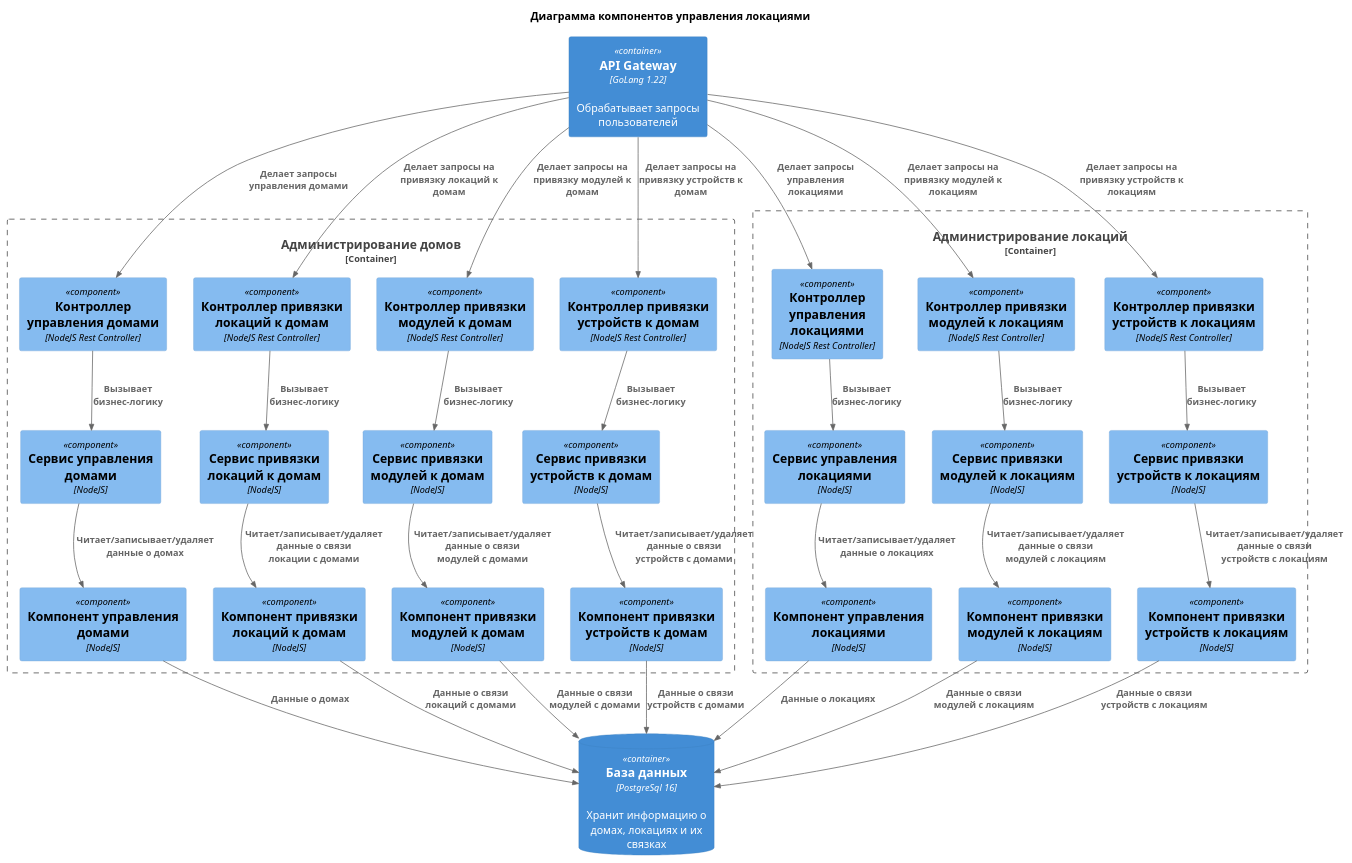
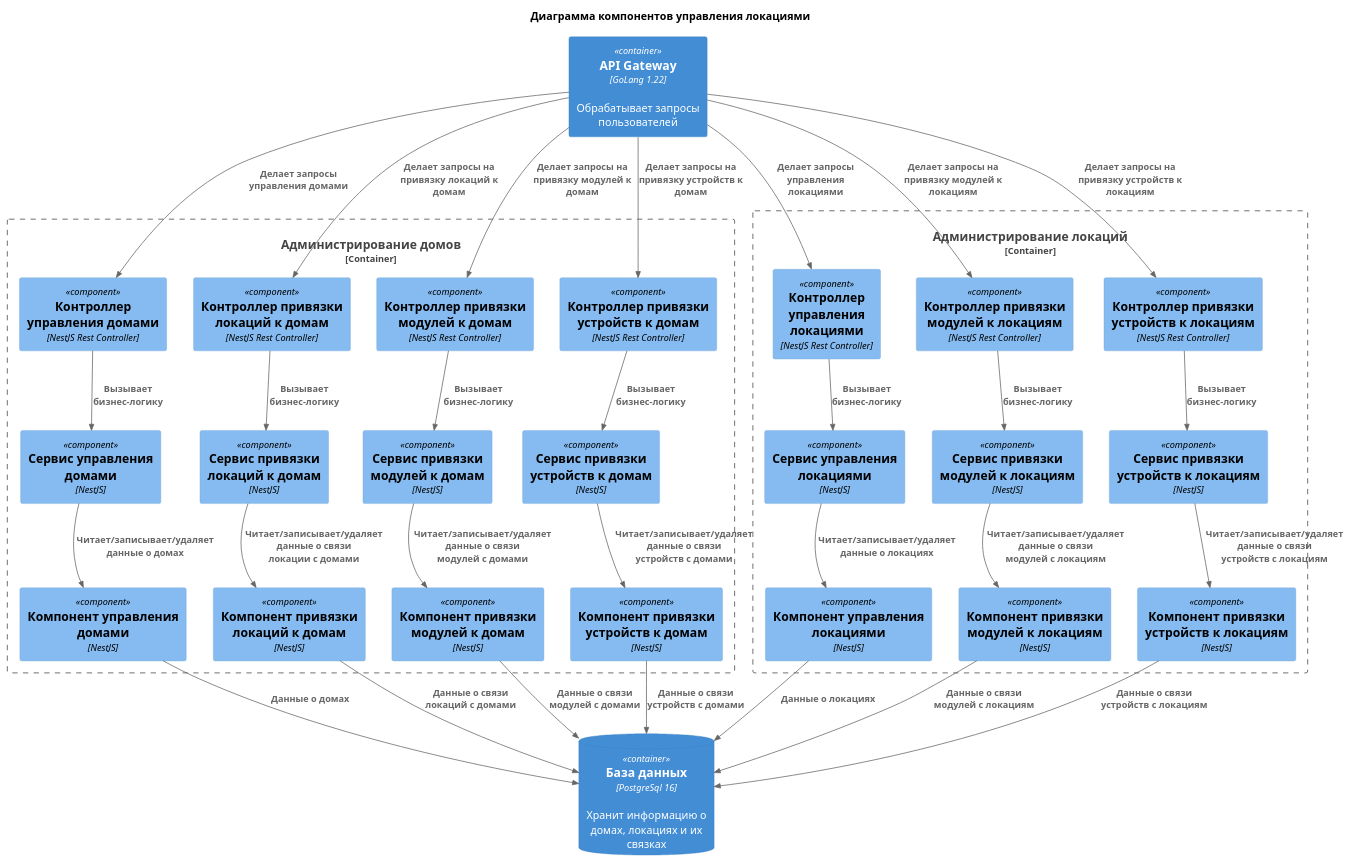
Before and after one commit to xSparKIx/architecture-pro-warmhouse: the diagram in diagrams/components/Locations.puml, drawn with PlantUML. The commit also changed 31 other files, not shown here.

```diff
--- a/diagrams/components/Locations.puml
+++ b/diagrams/components/Locations.puml
@@ -1,90 +1,88 @@
 @startuml Locations component diagram
 title Диаграмма компонентов управления локациями
 
 !include ../templates/C4_Component.puml
 
 ' Внешние сущности
 Container(APIGateway, "API Gateway", "GoLang 1.22", "Обрабатывает запросы пользователей")
 ContainerDb(db, "База данных", "PostgreSql 16", "Хранит информацию о домах, локациях и их связках")
 
-' @todo Посмотреть примеры создания диаграмм из урока, про фитнесклуб
-
 ' Контейнер администрирования домов
 Container_Boundary(HousesContainer, "Администрирование домов") {
     ' Управление домами
-    Component(HousesController, "Контроллер управления домами", "NodeJS Rest Controller")
-    Component(HousesService, "Сервис управления домами", "NodeJS")
-    Component(HousesComponent, "Компонент управления домами", "NodeJS")
+    Component(HousesController, "Контроллер управления домами", "NestJS Rest Controller")
+    Component(HousesService, "Сервис управления домами", "NestJS")
+    Component(HousesComponent, "Компонент управления домами", "NestJS")
 
     ' Привязка локаций к домам
-    Component(LocationsConnectController, "Контроллер привязки локаций к домам", "NodeJS Rest Controller")
-    Component(LocationsConnectService, "Сервис привязки локаций к домам", "NodeJS")
-    Component(LocationsConnectComponent, "Компонент привязки локаций к домам", "NodeJS")
+    Component(LocationsConnectController, "Контроллер привязки локаций к домам", "NestJS Rest Controller")
+    Component(LocationsConnectService, "Сервис привязки локаций к домам", "NestJS")
+    Component(LocationsConnectComponent, "Компонент привязки локаций к домам", "NestJS")
 
     ' Привязка модулей к домам
-    Component(HModulesConnectController, "Контроллер привязки модулей к домам", "NodeJS Rest Controller")
-    Component(HModulesConnectService, "Сервис привязки модулей к домам", "NodeJS")
-    Component(HModulesConnectComponent, "Компонент привязки модулей к домам", "NodeJS")
+    Component(HModulesConnectController, "Контроллер привязки модулей к домам", "NestJS Rest Controller")
+    Component(HModulesConnectService, "Сервис привязки модулей к домам", "NestJS")
+    Component(HModulesConnectComponent, "Компонент привязки модулей к домам", "NestJS")
 
     ' Привязка устройств к домам
-    Component(HDevicesConnectController, "Контроллер привязки устройств к домам", "NodeJS Rest Controller")
-    Component(HDevicesConnectService, "Сервис привязки устройств к домам", "NodeJS")
-    Component(HDevicesConnectComponent, "Компонент привязки устройств к домам", "NodeJS")
+    Component(HDevicesConnectController, "Контроллер привязки устройств к домам", "NestJS Rest Controller")
+    Component(HDevicesConnectService, "Сервис привязки устройств к домам", "NestJS")
+    Component(HDevicesConnectComponent, "Компонент привязки устройств к домам", "NestJS")
 }
 
 ' Контейнер администрирования локаций
 Container_Boundary(LocationsContainer, "Администрирование локаций") {
     ' Управление локациями
-    Component(LocationsController, "Контроллер управления локациями", "NodeJS Rest Controller")
-    Component(LocationsService, "Сервис управления локациями", "NodeJS")
-    Component(LocationsComponent, "Компонент управления локациями", "NodeJS")
+    Component(LocationsController, "Контроллер управления локациями", "NestJS Rest Controller")
+    Component(LocationsService, "Сервис управления локациями", "NestJS")
+    Component(LocationsComponent, "Компонент управления локациями", "NestJS")
 
     ' Привязка модуля к локациям
-    Component(LModulesConnectController, "Контроллер привязки модулей к локациям", "NodeJS Rest Controller")
-    Component(LModulesConnectService, "Сервис привязки модулей к локациям", "NodeJS")
-    Component(LModulesConnectComponent, "Компонент привязки модулей к локациям", "NodeJS")
+    Component(LModulesConnectController, "Контроллер привязки модулей к локациям", "NestJS Rest Controller")
+    Component(LModulesConnectService, "Сервис привязки модулей к локациям", "NestJS")
+    Component(LModulesConnectComponent, "Компонент привязки модулей к локациям", "NestJS")
 
     ' Привязка устройств к локациям
-    Component(LDevicesConnectController, "Контроллер привязки устройств к локациям", "NodeJS Rest Controller")
-    Component(LDevicesConnectService, "Сервис привязки устройств к локациям", "NodeJS")
-    Component(LDevicesConnectComponent, "Компонент привязки устройств к локациям", "NodeJS")
+    Component(LDevicesConnectController, "Контроллер привязки устройств к локациям", "NestJS Rest Controller")
+    Component(LDevicesConnectService, "Сервис привязки устройств к локациям", "NestJS")
+    Component(LDevicesConnectComponent, "Компонент привязки устройств к локациям", "NestJS")
 }
 
 ' Связи контейнера администрирования домов
 Rel(APIGateway, HousesController, "Делает запросы управления домами")
 Rel(HousesController, HousesService, "Вызывает бизнес-логику")
 Rel(HousesService, HousesComponent, "Читает/записывает/удаляет данные о домах")
 Rel(HousesComponent, db, "Данные о домах")
 
 Rel(APIGateway, LocationsConnectController, "Делает запросы на привязку локаций к домам")
 Rel(LocationsConnectController, LocationsConnectService, "Вызывает бизнес-логику")
 Rel(LocationsConnectService, LocationsConnectComponent, "Читает/записывает/удаляет данные о связи локации с домами")
 Rel(LocationsConnectComponent, db, "Данные о связи локаций с домами")
 
 Rel(APIGateway, HModulesConnectController, "Делает запросы на привязку модулей к домам")
 Rel(HModulesConnectController, HModulesConnectService, "Вызывает бизнес-логику")
 Rel(HModulesConnectService, HModulesConnectComponent, "Читает/записывает/удаляет данные о связи модулей с домами")
 Rel(HModulesConnectComponent, db, "Данные о связи модулей с домами")
 
 Rel(APIGateway, HDevicesConnectController, "Делает запросы на привязку устройств к домам")
 Rel(HDevicesConnectController, HDevicesConnectService, "Вызывает бизнес-логику")
 Rel(HDevicesConnectService, HDevicesConnectComponent, "Читает/записывает/удаляет данные о связи устройств с домами")
 Rel(HDevicesConnectComponent, db, "Данные о связи устройств с домами")
 
 ' Связи контейнера администрирования локаций
 Rel(APIGateway, LocationsController, "Делает запросы управления локациями")
 Rel(LocationsController, LocationsService, "Вызывает бизнес-логику")
 Rel(LocationsService, LocationsComponent, "Читает/записывает/удаляет данные о локациях")
 Rel(LocationsComponent, db, "Данные о локациях")
 
 Rel(APIGateway, LModulesConnectController, "Делает запросы на привязку модулей к локациям")
 Rel(LModulesConnectController, LModulesConnectService, "Вызывает бизнес-логику")
 Rel(LModulesConnectService, LModulesConnectComponent, "Читает/записывает/удаляет данные о связи модулей с локациям")
 Rel(LModulesConnectComponent, db, "Данные о связи модулей с локациям")
 
 Rel(APIGateway, LDevicesConnectController, "Делает запросы на привязку устройств к локациям")
 Rel(LDevicesConnectController, LDevicesConnectService, "Вызывает бизнес-логику")
 Rel(LDevicesConnectService, LDevicesConnectComponent, "Читает/записывает/удаляет данные о связи устройств с локациям")
 Rel(LDevicesConnectComponent, db, "Данные о связи устройств с локациям")
 
 @endmul
```
